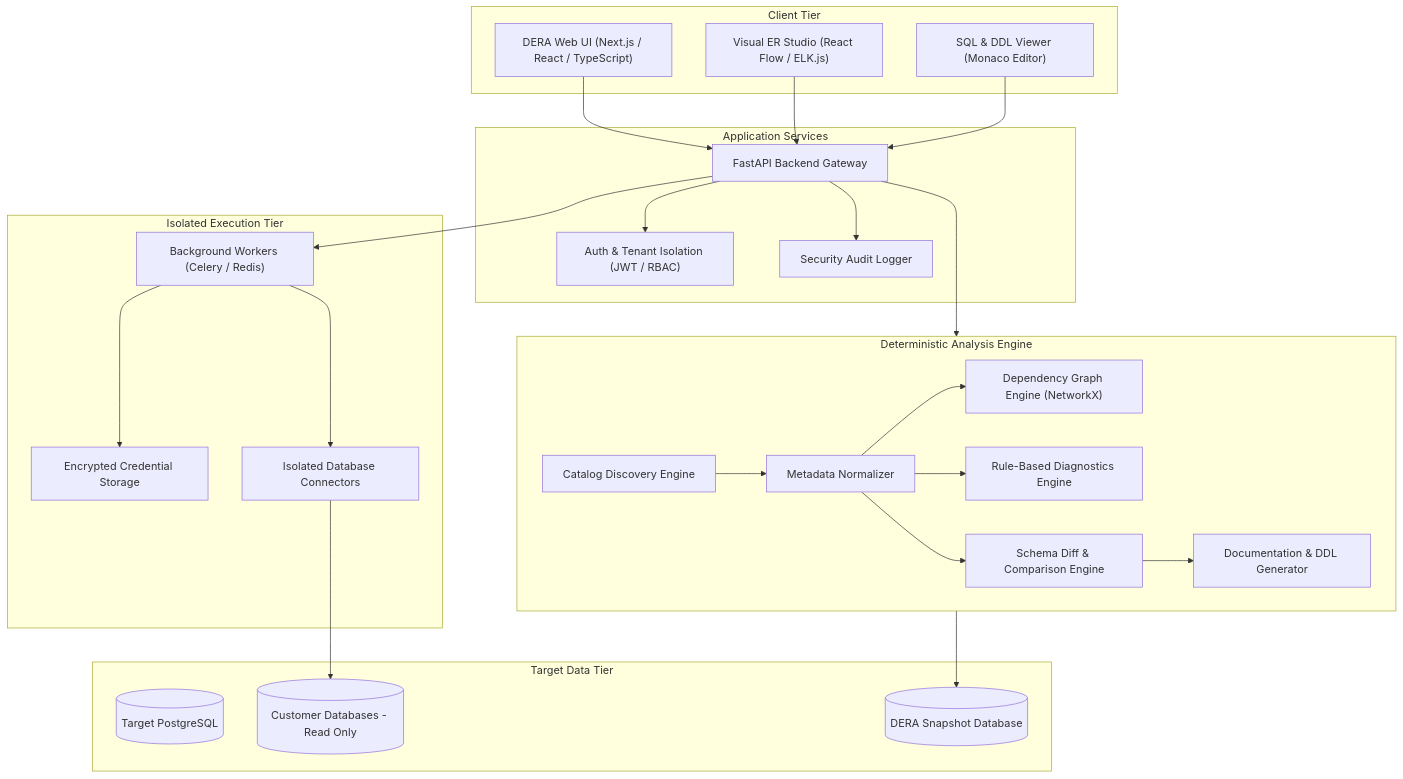
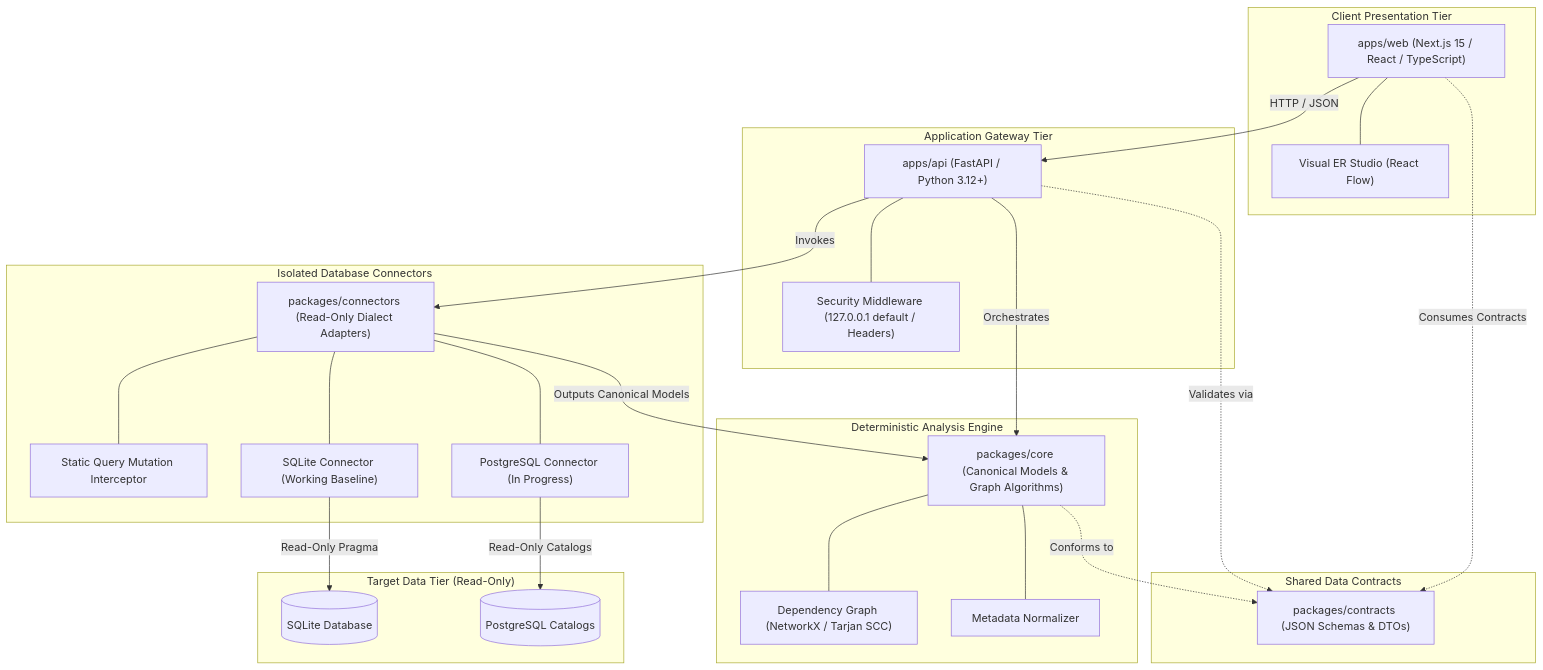
Before and after one commit to krishanth7/dera: the diagram in README.md, drawn with Mermaid. The commit also changed other lines of this file, not shown here.

Commit message:
docs(readme): establish professional DERA project identity and verified capabilities

````diff
--- a/README.md
+++ b/README.md
@@ -200,52 +142,51 @@
 ```mermaid
 flowchart TD
-    subgraph Client["Client Tier"]
-        UI["DERA Web UI (Next.js / React / TypeScript)"]
-        ERD["Visual ER Studio (React Flow / ELK.js)"]
-        Monaco["SQL & DDL Viewer (Monaco Editor)"]
+    subgraph Client_Tier["Client Presentation Tier"]
+        WEB["apps/web (Next.js 15 / React / TypeScript)"]
+        STUDIO["Visual ER Studio (React Flow)"]
+        WEB --- STUDIO
     end
 
-    subgraph Gateway["Application Services"]
-        API["FastAPI Backend Gateway"]
-        Auth["Auth & Tenant Isolation (JWT / RBAC)"]
-        Audit["Security Audit Logger"]
+    subgraph API_Tier["Application Gateway Tier"]
+        API["apps/api (FastAPI / Python 3.12+)"]
+        MW["Security Middleware (127.0.0.1 default / Headers)"]
+        API --- MW
     end
 
-    subgraph Core["Deterministic Analysis Engine"]
-        Discovery["Catalog Discovery Engine"]
-        Normalizer["Metadata Normalizer"]
-        GraphEngine["Dependency Graph Engine (NetworkX)"]
-        DiagEngine["Rule-Based Diagnostics Engine"]
-        DiffEngine["Schema Diff & Comparison Engine"]
-        ExportEngine["Documentation & DDL Generator"]
+    subgraph Contracts_Tier["Shared Data Contracts"]
+        CONTRACTS["packages/contracts (JSON Schemas & DTOs)"]
     end
 
-    subgraph Worker["Isolated Execution Tier"]
-        Celery["Background Workers (Celery / Redis)"]
-        Vault["Encrypted Credential Storage"]
-        Connectors["Isolated Database Connectors"]
+    subgraph Core_Tier["Deterministic Analysis Engine"]
+        CORE["packages/core (Canonical Models & Graph Algorithms)"]
+        DAG["Dependency Graph (NetworkX / Tarjan SCC)"]
+        NORM["Metadata Normalizer"]
+        CORE --- DAG
+        CORE --- NORM
     end
 
-    subgraph Databases["Target Data Tier"]
-        PG[(Target PostgreSQL)]
-        CustomerDB[(Customer Databases - Read Only)]
-        Storage[(DERA Snapshot Database)]
+    subgraph Connectors_Tier["Isolated Database Connectors"]
+        CONN["packages/connectors (Read-Only Dialect Adapters)"]
+        GUARD["Static Query Mutation Interceptor"]
+        SQLITE["SQLite Connector (Working Baseline)"]
+        PG["PostgreSQL Connector (In Progress)"]
+        CONN --- GUARD
+        CONN --- SQLITE
+        CONN --- PG
     end
 
-    UI --> API
-    ERD --> API
-    Monaco --> API
-    API --> Auth
-    API --> Audit
-    API --> Core
-    API --> Celery
-    Celery --> Vault
-    Celery --> Connectors
-    Connectors --> CustomerDB
-    Core --> Storage
-    Discovery --> Normalizer
-    Normalizer --> GraphEngine
-    Normalizer --> DiagEngine
-    Normalizer --> DiffEngine
-    DiffEngine --> ExportEngine
+    subgraph Target_DBs["Target Data Tier (Read-Only)"]
+        TARGET_SQLITE[("SQLite Database")]
+        TARGET_PG[("PostgreSQL Catalogs")]
+    end
+
+    WEB -->|HTTP / JSON| API
+    WEB -.->|Consumes Contracts| CONTRACTS
+    API -->|Orchestrates| CORE
+    API -->|Invokes| CONN
+    API -.->|Validates via| CONTRACTS
+    CORE -.->|Conforms to| CONTRACTS
+    CONN -->|Outputs Canonical Models| CORE
+    SQLITE -->|Read-Only Pragma| TARGET_SQLITE
+    PG -->|Read-Only Catalogs| TARGET_PG
 ```
````
